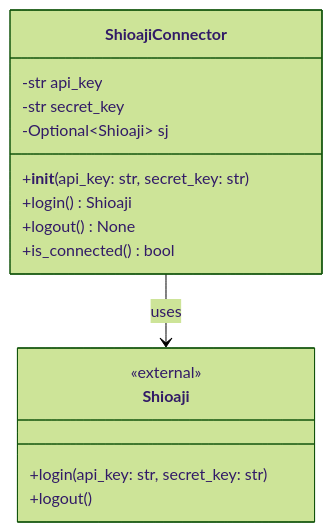
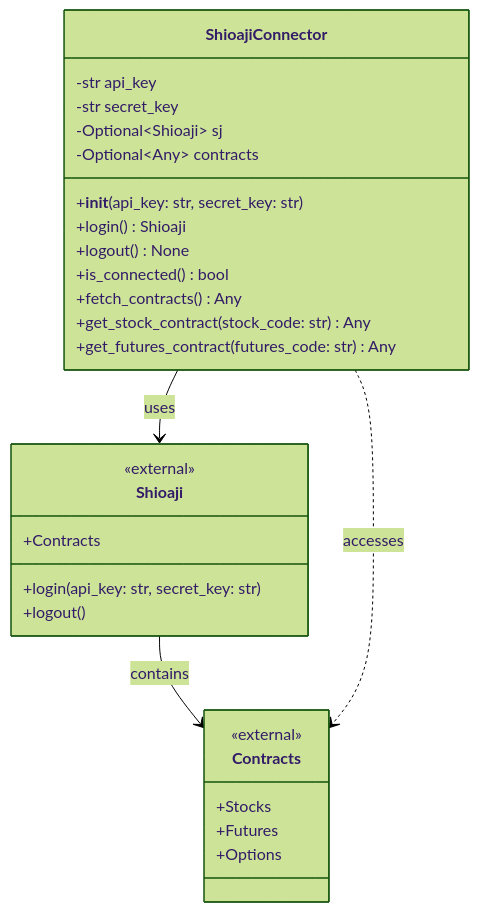
The diagram in 類別圖.md (wu02067602/sample-trading), drawn with Mermaid (forest theme) before and after one commit. The commit also changed other lines of this file and 1 other file, not shown here.

Commit message:
Add methods to fetch and access Shioaji contracts

````diff
--- a/類別圖.md
+++ b/類別圖.md
@@ -7,20 +7,34 @@
 ```mermaid
 classDiagram
     class ShioajiConnector {
         -str api_key
         -str secret_key
         -Optional~Shioaji~ sj
+        -Optional~Any~ contracts
         +__init__(api_key: str, secret_key: str)
         +login() Shioaji
         +logout() None
         +is_connected() bool
+        +fetch_contracts() Any
+        +get_stock_contract(stock_code: str) Any
+        +get_futures_contract(futures_code: str) Any
     }
     
     class Shioaji {
         <<external>>
         +login(api_key: str, secret_key: str)
         +logout()
+        +Contracts
+    }
+    
+    class Contracts {
+        <<external>>
+        +Stocks
+        +Futures
+        +Options
     }
     
     ShioajiConnector --> Shioaji : uses
+    Shioaji --> Contracts : contains
+    ShioajiConnector ..> Contracts : accesses
 ```
````
